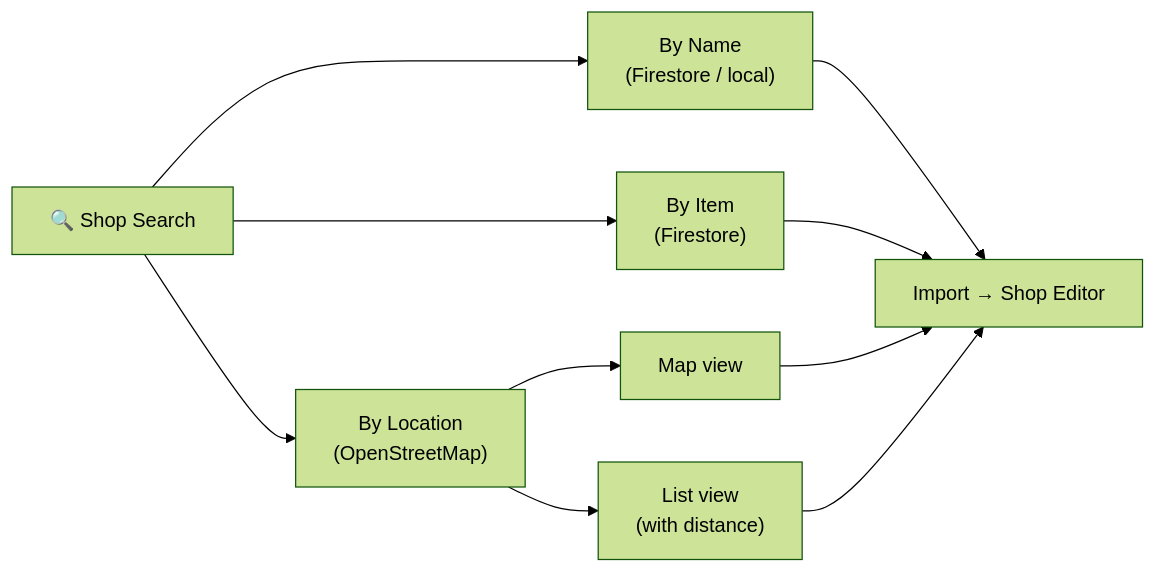
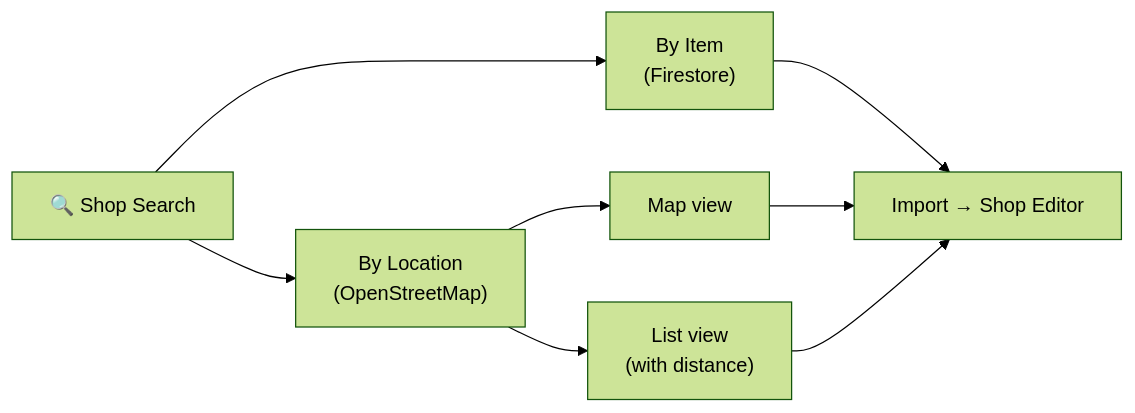
The fifth of 9 diagrams in docs/user-guide.md (danile42/fairelescourses), drawn with Mermaid (forest theme) before and after one commit. The commit also changed other lines of this file and 6 other files, not shown here.

````diff
--- a/docs/user-guide.md
+++ b/docs/user-guide.md
@@ -267,14 +269,12 @@
 ```mermaid
 flowchart LR
-    Search["🔍 Shop Search"] --> ByName["By Name\n(Firestore / local)"]
+    Search["🔍 Shop Search"] --> ByLocation["By Location\n(OpenStreetMap)"]
     Search --> ByItem["By Item\n(Firestore)"]
-    Search --> ByLocation["By Location\n(OpenStreetMap)"]
 
     ByLocation --> Map["Map view"]
     ByLocation --> ListResults["List view\n(with distance)"]
 
-    ByName --> Import["Import → Shop Editor"]
-    ByItem --> Import
+    ByItem --> Import["Import → Shop Editor"]
     Map --> Import
     ListResults --> Import
 ```
````
